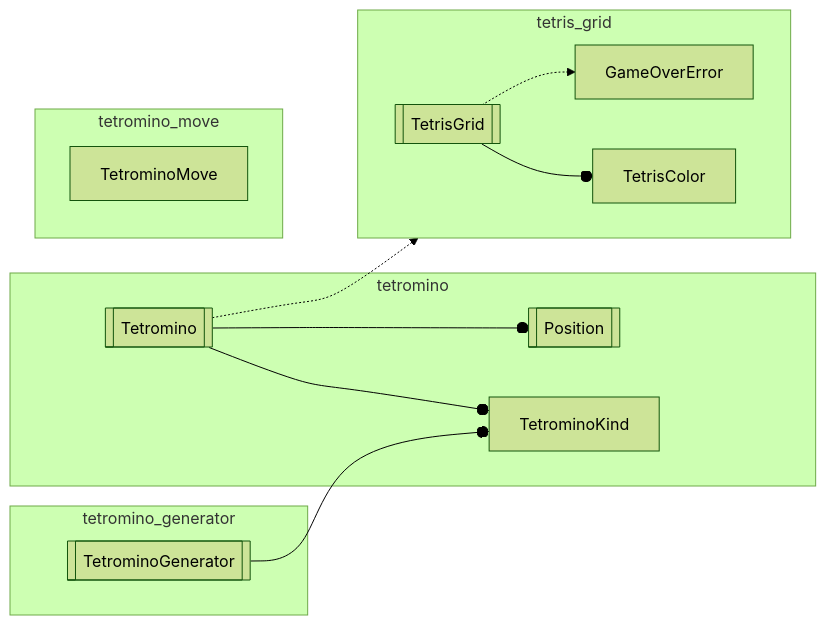
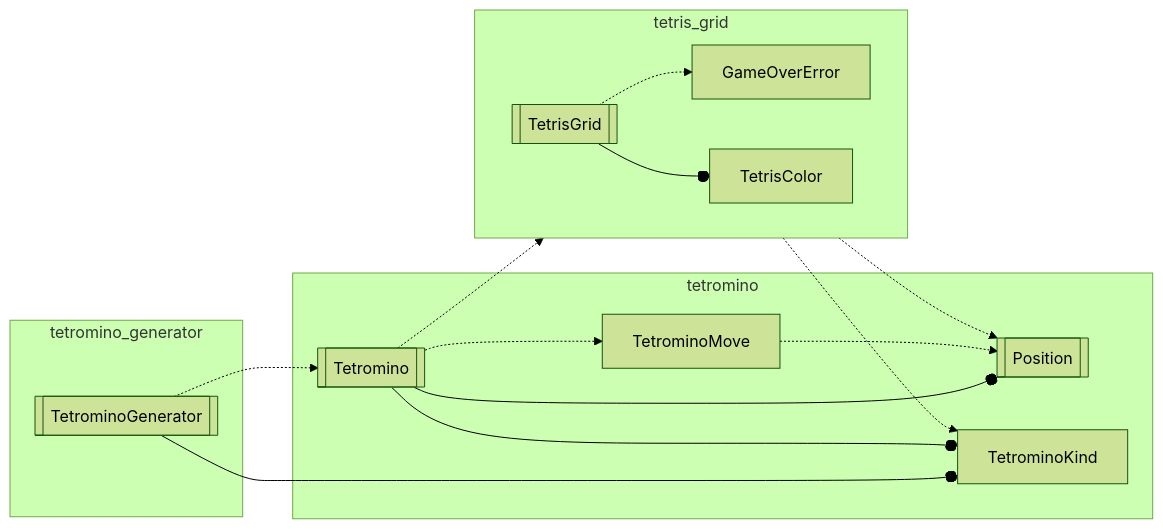
Before and after one commit to inesvar/tetris: the diagram in tetris_core/src/tetris_core.mmd, drawn with Mermaid (forest theme). The commit also changed 5 other files, not shown here.

Commit message:
Move module tetromino_move from tetris_core to tetromino

```diff
--- a/tetris_core/src/tetris_core.mmd
+++ b/tetris_core/src/tetris_core.mmd
@@ -1,32 +1,33 @@
 graph LR
     %% objects
     TetrominoMove[TetrominoMove]
     TetrisGrid[[TetrisGrid]]
     GameOverError[GameOverError]
     Tetromino[[Tetromino]]
     Position[[Position]]
     TetrominoKind[TetrominoKind]
     TetrisColor[TetrisColor]
     TetrominoGenerator[[TetrominoGenerator]]
 
     subgraph tetromino_generator
         TetrominoGenerator
     end
     TetrominoGenerator --o TetrominoKind
+    TetrominoGenerator -.-> Tetromino
 
     subgraph tetromino
         Tetromino --o TetrominoKind
         Tetromino --o Position
-    end
-
-    subgraph tetromino_move
-        TetrominoMove
+        TetrominoMove -.-> Position
+        Tetromino -.-> TetrominoMove
     end
 
     subgraph tetris_grid
         direction LR
         TetrisGrid -.-> GameOverError
         TetrisGrid --o TetrisColor
     end
 
     Tetromino -.-> tetris_grid
+    TetrisGrid -.-> Position
+    TetrisColor -.-> TetrominoKind
```
